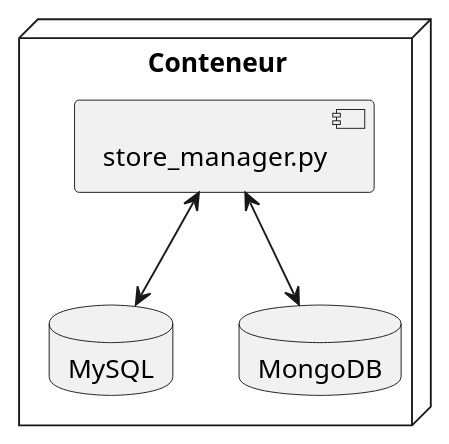
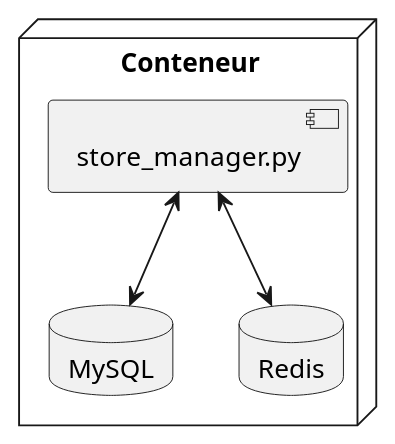
Before and after one commit to guteacher/log430-a25-labo2: the diagram in docs/uml/deployment.puml, drawn with PlantUML. The commit also changed 5 other files, not shown here.

```diff
--- a/docs/uml/deployment.puml
+++ b/docs/uml/deployment.puml
@@ -1,9 +1,9 @@
 @startuml
   node Conteneur {
     component "store_manager.py" 
     database "MySQL"
-    database "MongoDB"
+    database "Redis"
     "store_manager.py" <--> "MySQL"
-    "store_manager.py" <--> "MongoDB"
+    "store_manager.py" <--> "Redis"
   }
 @enduml
```
